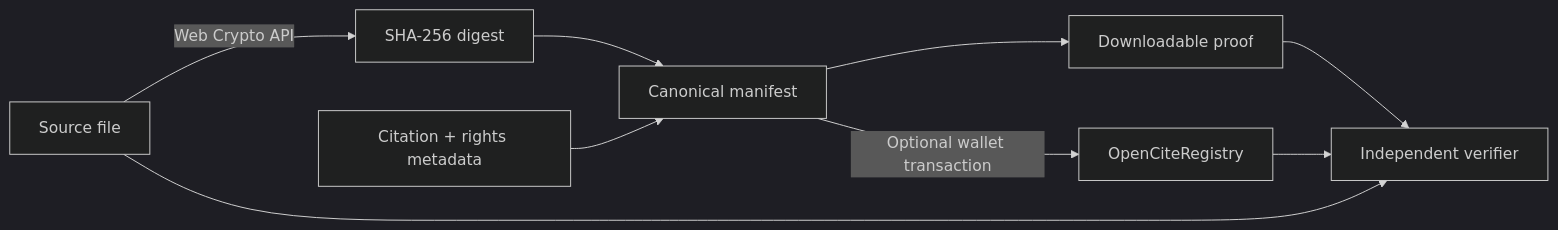
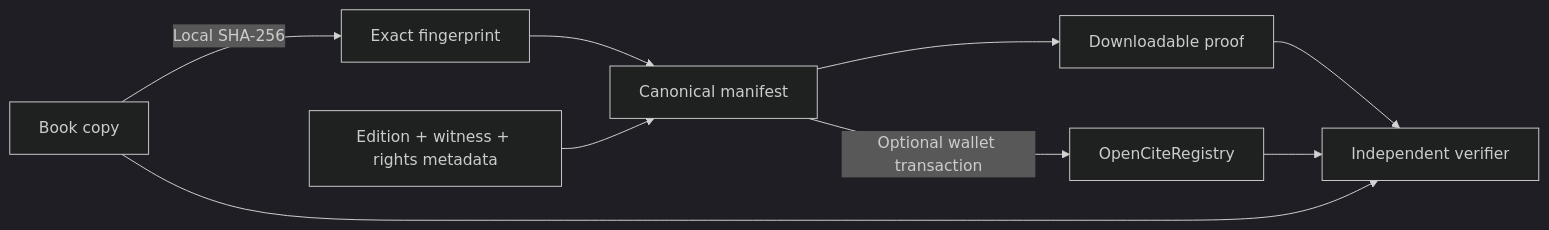
The diagram in README.md (sharziki/opencite), drawn with Mermaid (dark theme) before and after one commit. The commit also changed other lines of this file and 14 other files, not shown here.

````diff
--- a/README.md
+++ b/README.md
@@ -45,11 +63,11 @@
 ```mermaid
 flowchart LR
-    A[Source file] -->|Web Crypto API| B[SHA-256 digest]
-    M[Citation + rights metadata] --> C[Canonical manifest]
+    A[Book copy] -->|Local SHA-256| B[Exact fingerprint]
+    M[Edition + witness + rights metadata] --> C[Canonical manifest]
     B --> C
     C --> D[Downloadable proof]
     C -->|Optional wallet transaction| E[OpenCiteRegistry]
     D --> F[Independent verifier]
     A --> F
     E --> F
 ```
````
